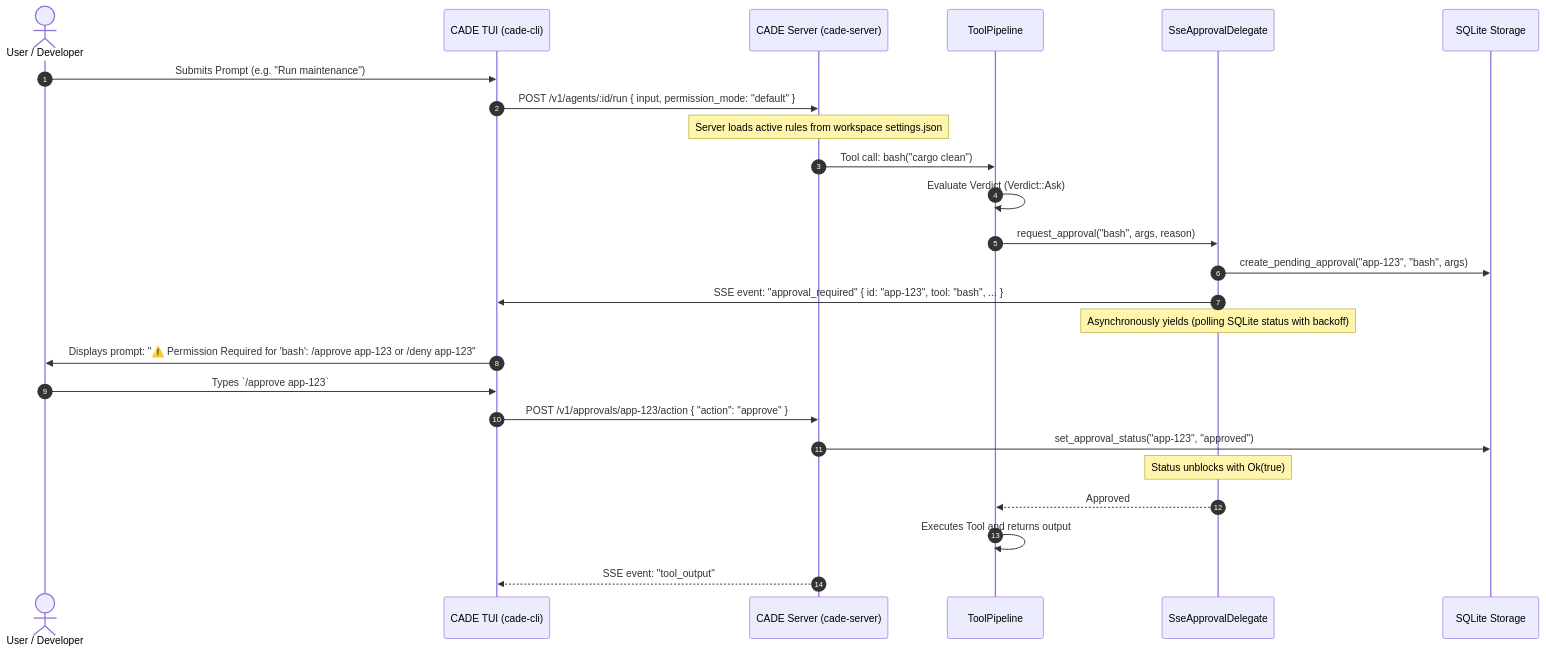
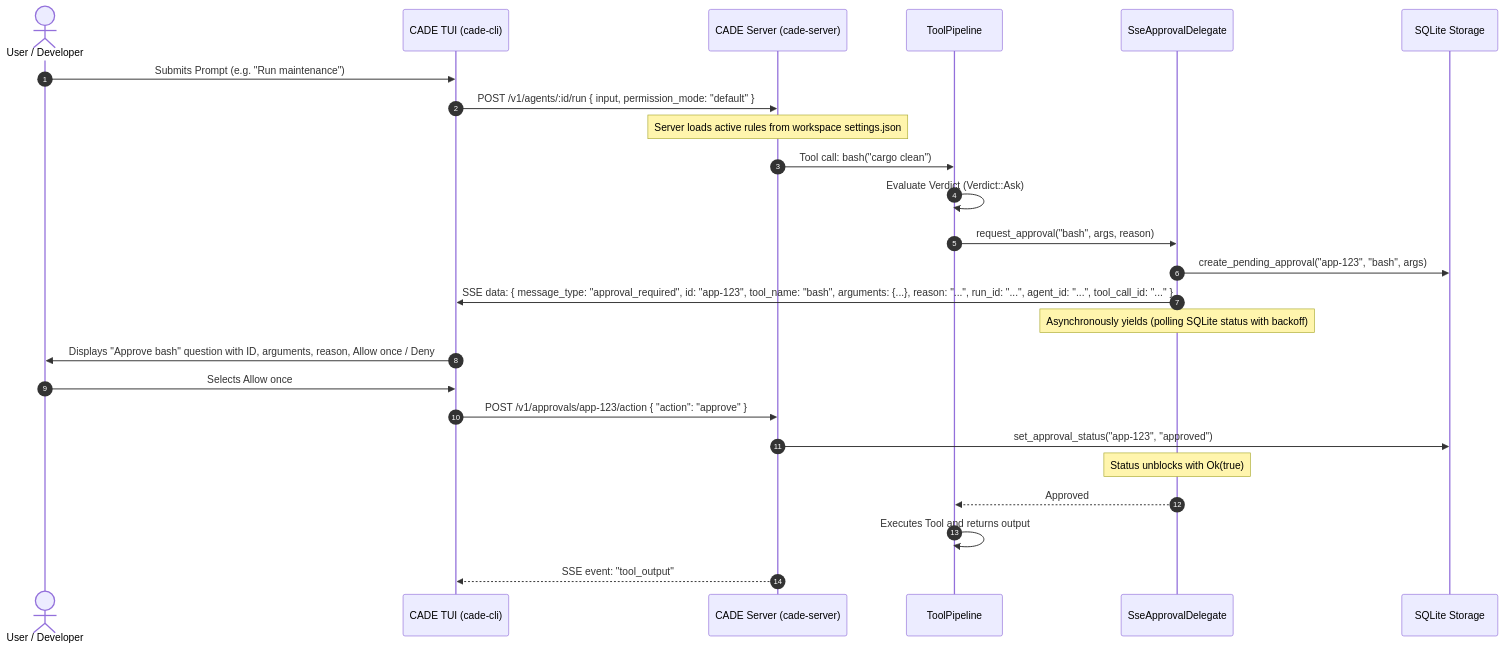
Before and after one commit to EzekTec-Inc/cade: the first of 2 diagrams in docs/permissions.md, drawn with Mermaid. The commit also changed other lines of this file and 4 other files, not shown here.

````diff
--- a/docs/permissions.md
+++ b/docs/permissions.md
@@ -10,28 +10,28 @@
 ```mermaid
 sequenceDiagram
     autonumber
     actor User as User / Developer
     participant TUI as CADE TUI (cade-cli)
     participant Server as CADE Server (cade-server)
     participant Pipeline as ToolPipeline
     participant Delegate as SseApprovalDelegate
     participant DB as SQLite Storage
 
     User->>TUI: Submits Prompt (e.g. "Run maintenance")
     TUI->>Server: POST /v1/agents/:id/run { input, permission_mode: "default" }
     Note over Server: Server loads active rules from workspace settings.json
     Server->>Pipeline: Tool call: bash("cargo clean")
     Pipeline->>Pipeline: Evaluate Verdict (Verdict::Ask)
     Pipeline->>Delegate: request_approval("bash", args, reason)
     Delegate->>DB: create_pending_approval("app-123", "bash", args)
-    Delegate->>TUI: SSE event: "approval_required" { id: "app-123", tool: "bash", ... }
+    Delegate->>TUI: SSE data: { message_type: "approval_required", id: "app-123", tool_name: "bash", arguments: {...}, reason: "...", run_id: "...", agent_id: "...", tool_call_id: "..." }
     Note over Delegate: Asynchronously yields (polling SQLite status with backoff)
-    TUI->>User: Displays prompt: "⚠️ Permission Required for 'bash': /approve app-123 or /deny app-123"
-    User->>TUI: Types `/approve app-123`
+    TUI->>User: Displays "Approve bash" question with ID, arguments, reason, Allow once / Deny
+    User->>TUI: Selects Allow once
     TUI->>Server: POST /v1/approvals/app-123/action { "action": "approve" }
     Server->>DB: set_approval_status("app-123", "approved")
     Note over Delegate: Status unblocks with Ok(true)
     Delegate-->>Pipeline: Approved
     Pipeline->>Pipeline: Executes Tool and returns output
     Server-->>TUI: SSE event: "tool_output"
 ```
````
